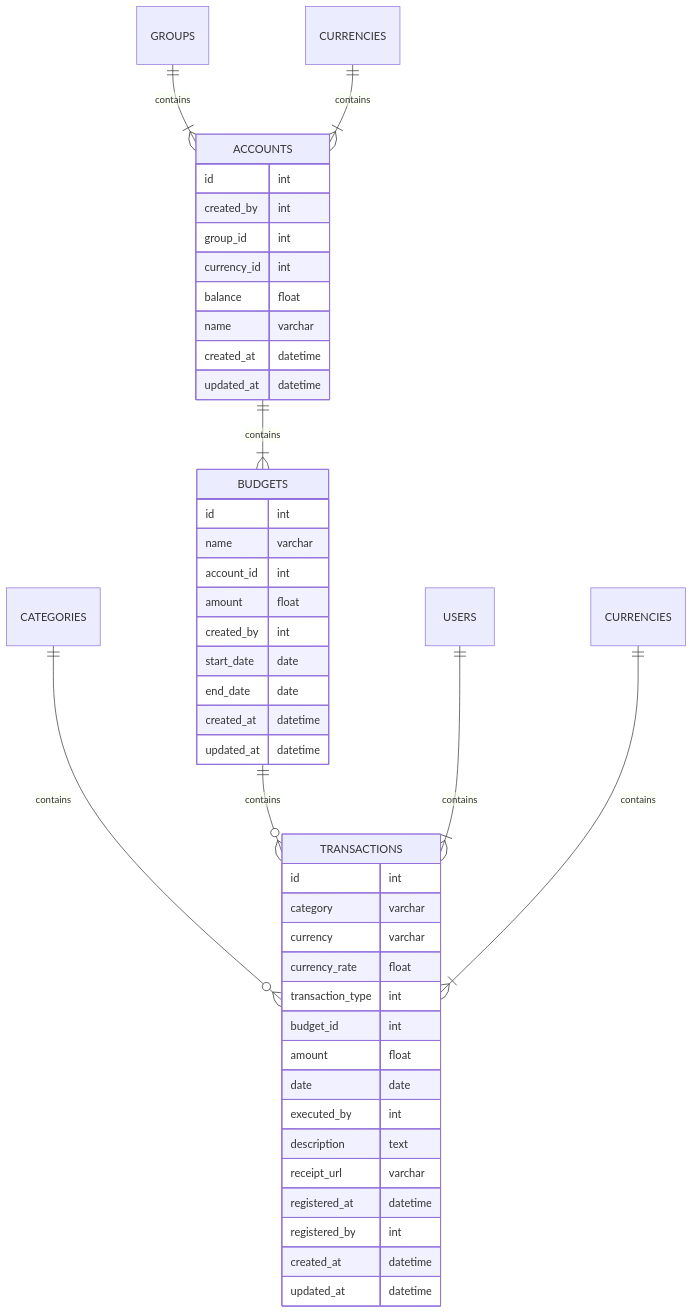
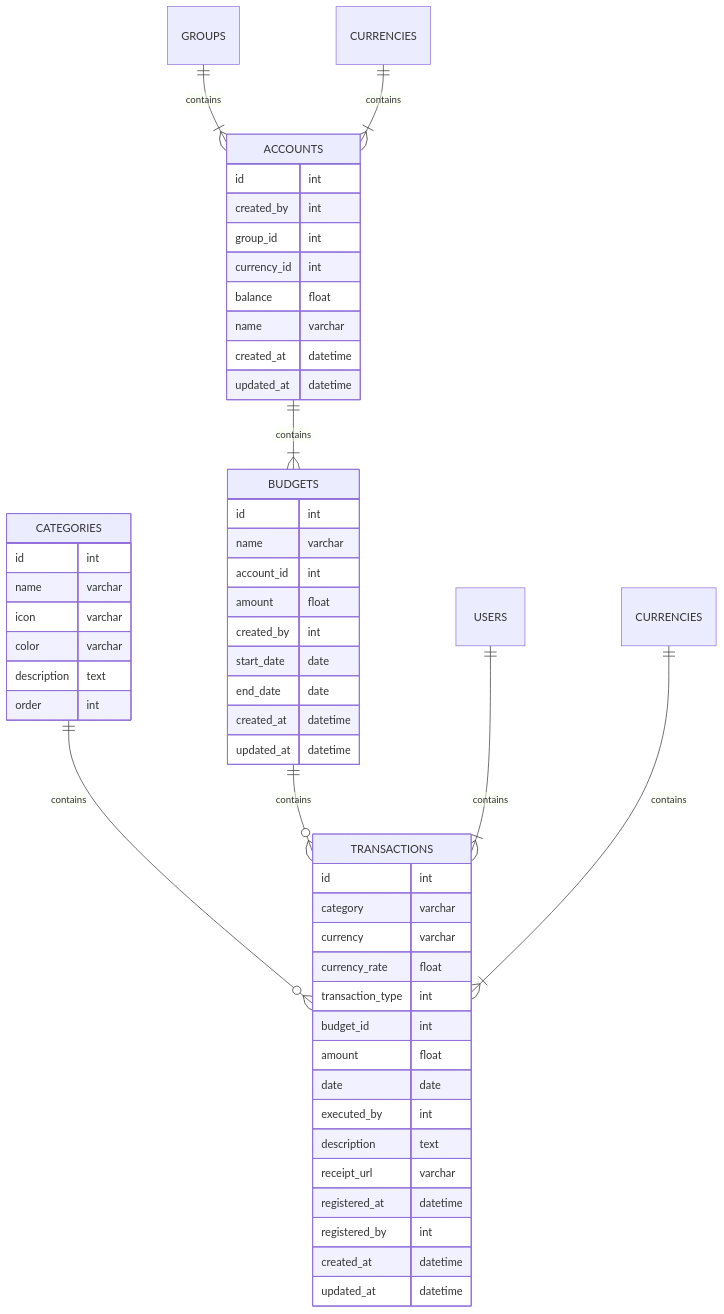
Before and after one commit to prulloac/fineasy: the third of 6 diagrams in docs/SCHEMA.md, drawn with Mermaid. The commit also changed other lines of this file and 34 other files, not shown here.

````diff
--- a/docs/SCHEMA.md
+++ b/docs/SCHEMA.md
@@ -145,56 +137,65 @@
 ```mermaid
 
 erDiagram
     ACCOUNTS {
         id int
         created_by int
         group_id int
         currency_id int
         balance float
         name varchar
         created_at datetime
         updated_at datetime
     }
 
     BUDGETS {
         id int
         name varchar
         account_id int
         amount float
         created_by int
         start_date date
         end_date date
         created_at datetime
         updated_at datetime
     }
 
     TRANSACTIONS {
         id int
         category varchar
         currency varchar
         currency_rate float
         transaction_type int
         budget_id int
         amount float
         date date
         executed_by int
         description text
         receipt_url varchar
         registered_at datetime
         registered_by int
         created_at datetime
         updated_at datetime
     }
 
+    CATEGORIES {
+        id int
+        name varchar
+        icon varchar
+        color varchar
+        description text
+        order int
+    }
+
     c1[CURRENCIES]
     c2[CURRENCIES]
 
     ACCOUNTS ||--|{ BUDGETS : contains
     CATEGORIES ||--o{ TRANSACTIONS : contains
     BUDGETS ||--o{ TRANSACTIONS : contains
     USERS ||--|{ TRANSACTIONS : contains
     GROUPS ||--|{ ACCOUNTS : contains
     c1 ||--|{ ACCOUNTS : contains
     c2 ||--|{ TRANSACTIONS : contains
 
 ```
````
